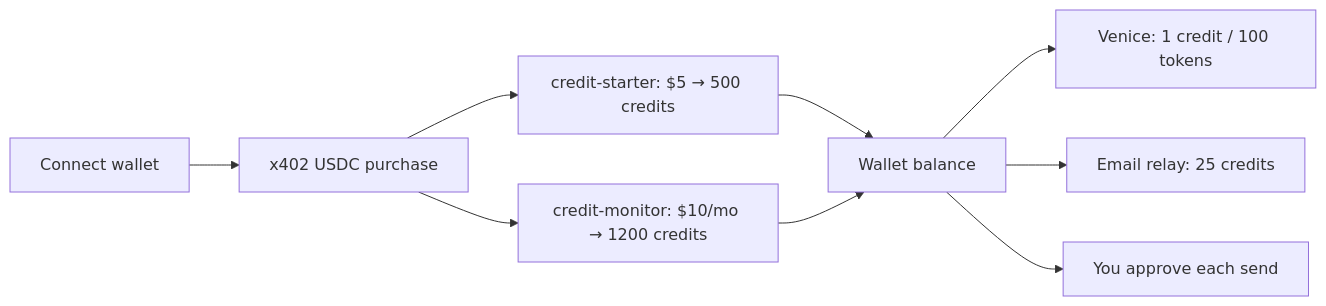
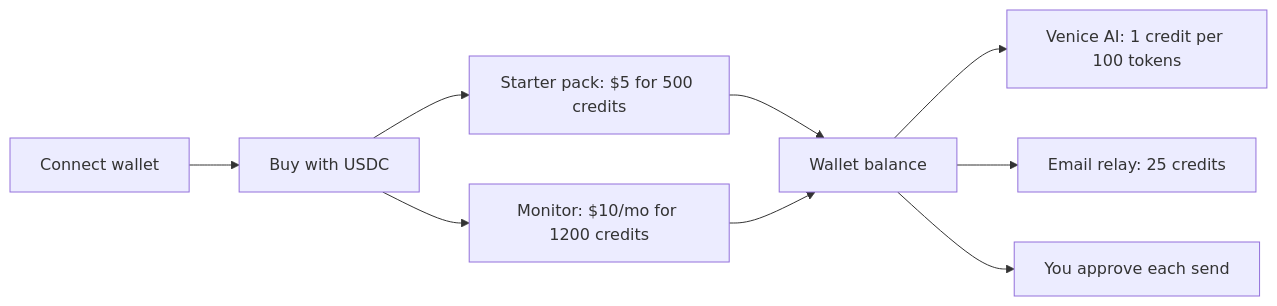
One commit to thomasjvu/oblivion changed the diagram in docs/src/docs/content/pricing.md. Above: the diagram before and after it, drawn with Mermaid. The commit also changed other lines of this file and 22 other files, not shown here.

````diff
--- a/docs/src/docs/content/pricing.md
+++ b/docs/src/docs/content/pricing.md
@@ -5,11 +5,11 @@
 ```mermaid
 flowchart LR
-  Wallet[Connect wallet] --> Buy[x402 USDC purchase]
-  Buy --> Starter["credit-starter: $5 → 500 credits"]
-  Buy --> Monitor["credit-monitor: $10/mo → 1200 credits"]
+  Wallet[Connect wallet] --> Buy[Buy with USDC]
+  Buy --> Starter["Starter pack: $5 for 500 credits"]
+  Buy --> Monitor["Monitor: $10/mo for 1200 credits"]
   Starter --> Balance[Wallet balance]
   Monitor --> Balance
-  Balance --> Venice["Venice: 1 credit / 100 tokens"]
+  Balance --> Venice["Venice AI: 1 credit per 100 tokens"]
   Balance --> Email["Email relay: 25 credits"]
   Balance --> Approve[You approve each send]
 ```
````
